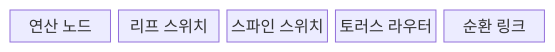
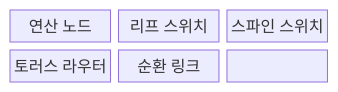
The first of 2 diagrams in src/content/docs/notes/02-hardware/094_interconnect_topology_fat_tree_torus.md (agnusdei1207/knowledge-base), drawn with Mermaid before and after one commit. The commit also changed other lines of this file and 86 other files, not shown here.

````diff
--- a/src/content/docs/notes/02-hardware/094_interconnect_topology_fat_tree_torus.md
+++ b/src/content/docs/notes/02-hardware/094_interconnect_topology_fat_tree_torus.md
@@ -70,9 +70,11 @@
 ```mermaid
-block
-  columns 5
+block-beta
+  columns 3
   N["연산 노드"]
   L["리프 스위치"]
   S["스파인 스위치"]
   R["토러스 라우터"]
   C["순환 링크"]
+  N --- L --- S
+  N --- R --- C
 ```
````
